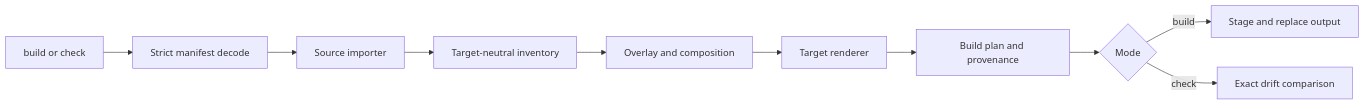
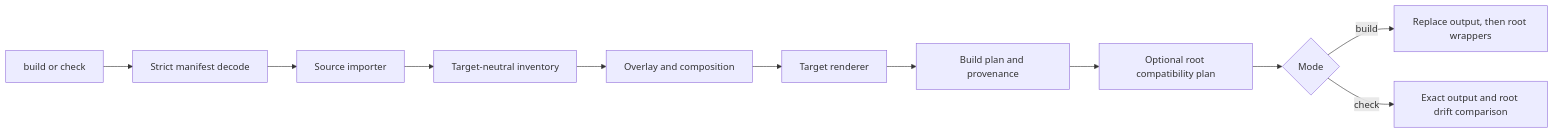
Before and after one commit to alexei-led/agentbundler: the diagram in docs/architecture.md, drawn with Mermaid. The commit also changed other lines of this file and 27 other files, not shown here.

Commit message:
feat: add repository-root compatibility manifests

````diff
--- a/docs/architecture.md
+++ b/docs/architecture.md
@@ -5,12 +5,13 @@
 ```mermaid
 flowchart LR
     CLI[build or check] --> Decode[Strict manifest decode]
     Decode --> Import[Source importer]
     Import --> Model[Target-neutral inventory]
     Model --> Compose[Overlay and composition]
     Compose --> Render[Target renderer]
     Render --> Plan[Build plan and provenance]
-    Plan --> Mode{Mode}
-    Mode -->|build| Write[Stage and replace output]
-    Mode -->|check| Compare[Exact drift comparison]
+    Plan --> Compat[Optional root compatibility plan]
+    Compat --> Mode{Mode}
+    Mode -->|build| Write[Replace output, then root wrappers]
+    Mode -->|check| Compare[Exact output and root drift comparison]
 ```
````
